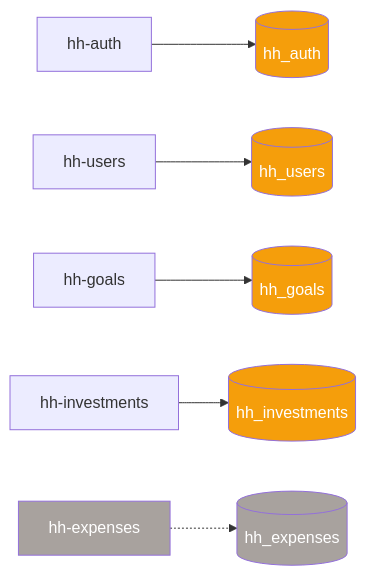
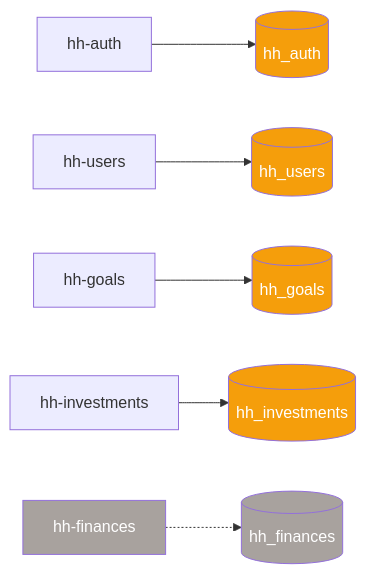
One commit to tiagorocha94/hh-docs changed the third of 3 diagrams in docs/architecture.md. Above: the diagram before and after it, drawn with Mermaid. The commit also changed other lines of this file and 6 other files, not shown here.

First line of the commit message:
Add hh-finances service design (replaces hh-expenses)

````diff
--- a/docs/architecture.md
+++ b/docs/architecture.md
@@ -132,15 +132,15 @@
 ```mermaid
 graph LR
     AUTH[hh-auth] --> DB_AUTH[(hh_auth)]
     USERS[hh-users] --> DB_USERS[(hh_users)]
     GOALS[hh-goals] --> DB_GOALS[(hh_goals)]
     INV[hh-investments] --> DB_INV[(hh_investments)]
-    EXP[hh-expenses] -.-> DB_EXP[(hh_expenses)]
+    EXP[hh-finances] -.-> DB_EXP[(hh_finances)]
 
     style DB_AUTH fill:#f59e0b,color:#fff
     style DB_USERS fill:#f59e0b,color:#fff
     style DB_GOALS fill:#f59e0b,color:#fff
     style DB_INV fill:#f59e0b,color:#fff
     style DB_EXP fill:#a8a29e,color:#fff
     style EXP fill:#a8a29e,color:#fff
 ```
````
